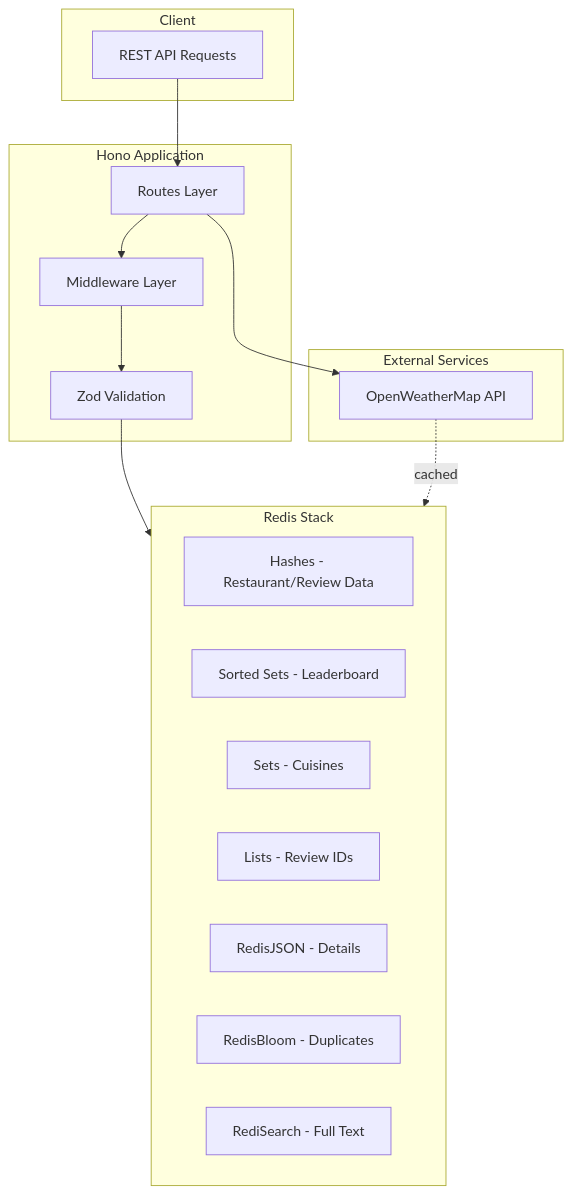
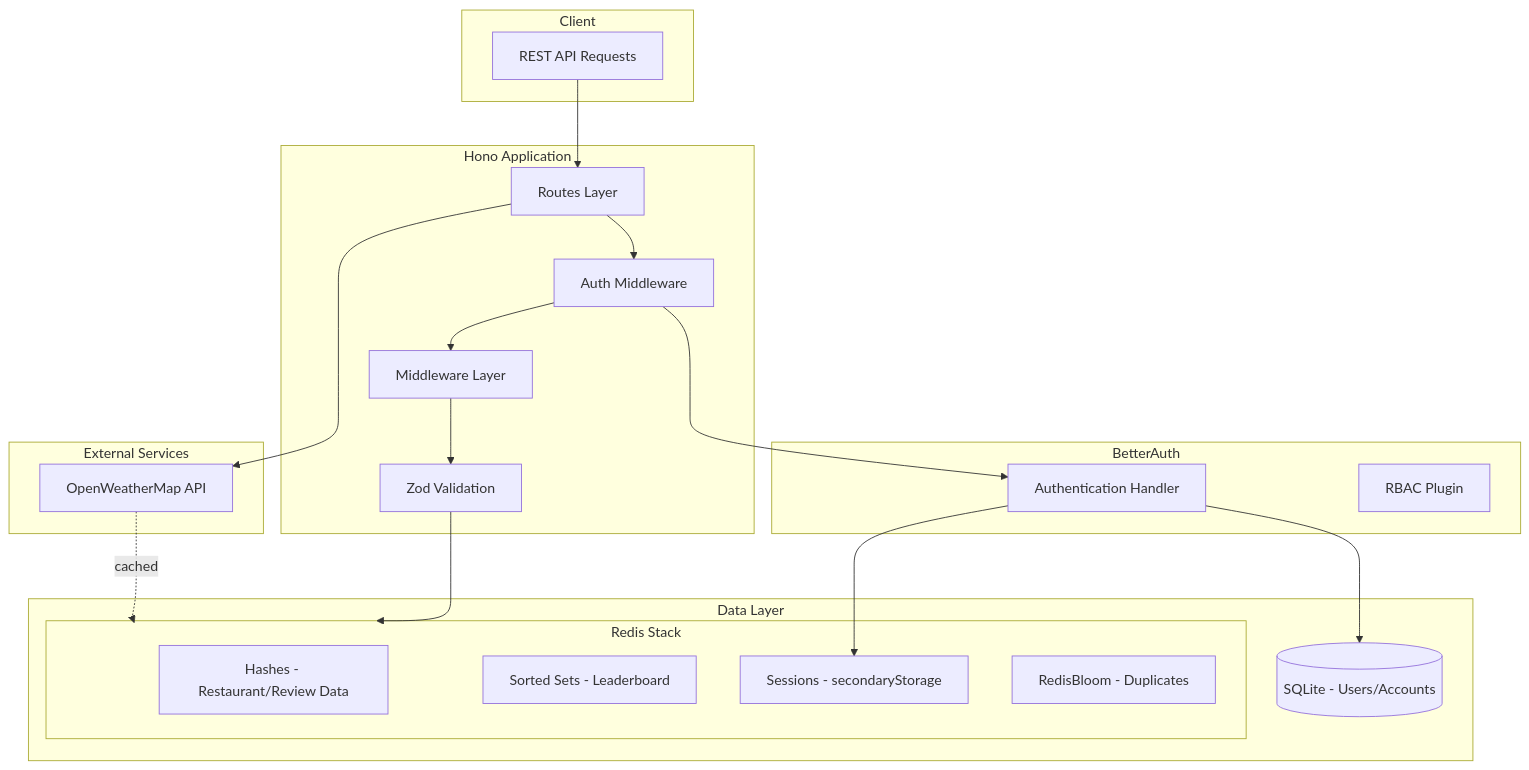
The diagram in README.md (Pr1ncep5/bites-ratings-api), drawn with Mermaid before and after one commit. The commit also changed other lines of this file, not shown here.

Commit message:
Update README with auth

````diff
--- a/README.md
+++ b/README.md
@@ -40,33 +41,43 @@
 ```mermaid
 flowchart TB
     subgraph client [Client]
         API[REST API Requests]
     end
-    
+
     subgraph app [Hono Application]
         Routes[Routes Layer]
+        AuthMW[Auth Middleware]
         MW[Middleware Layer]
         Valid[Zod Validation]
     end
-    
-    subgraph redis [Redis Stack]
-        Hash[Hashes - Restaurant/Review Data]
-        SSet[Sorted Sets - Leaderboard]
-        Sets[Sets - Cuisines]
-        List[Lists - Review IDs]
-        JSON[RedisJSON - Details]
-        Bloom[RedisBloom - Duplicates]
-        Search[RediSearch - Full Text]
+
+    subgraph auth [BetterAuth]
+        BA[Authentication Handler]
+        RBAC[RBAC Plugin]
     end
-    
+
+    subgraph storage [Data Layer]
+        subgraph redis [Redis Stack]
+            Hash[Hashes - Restaurant/Review Data]
+            SSet[Sorted Sets - Leaderboard]
+            Sessions[Sessions - secondaryStorage]
+            Bloom[RedisBloom - Duplicates]
+        end
+        SQLite[(SQLite - Users/Accounts)]
+    end
+
     subgraph external [External Services]
         Weather[OpenWeatherMap API]
     end
-    
+
     API --> Routes
-    Routes --> MW
+    Routes --> AuthMW
+    AuthMW --> BA
+    BA --> SQLite
+    BA --> Sessions
+    AuthMW --> MW
     MW --> Valid
     Valid --> redis
     Routes --> Weather
-    Weather -.->|cached| redis
+    Weather -.-> |cached| redis
 ```
````
